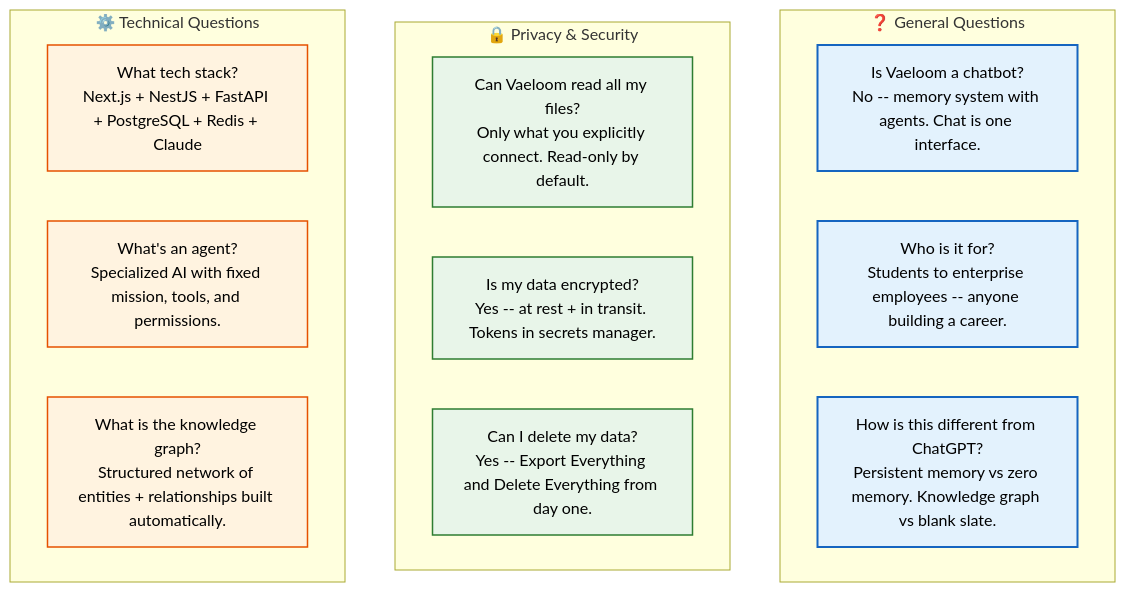
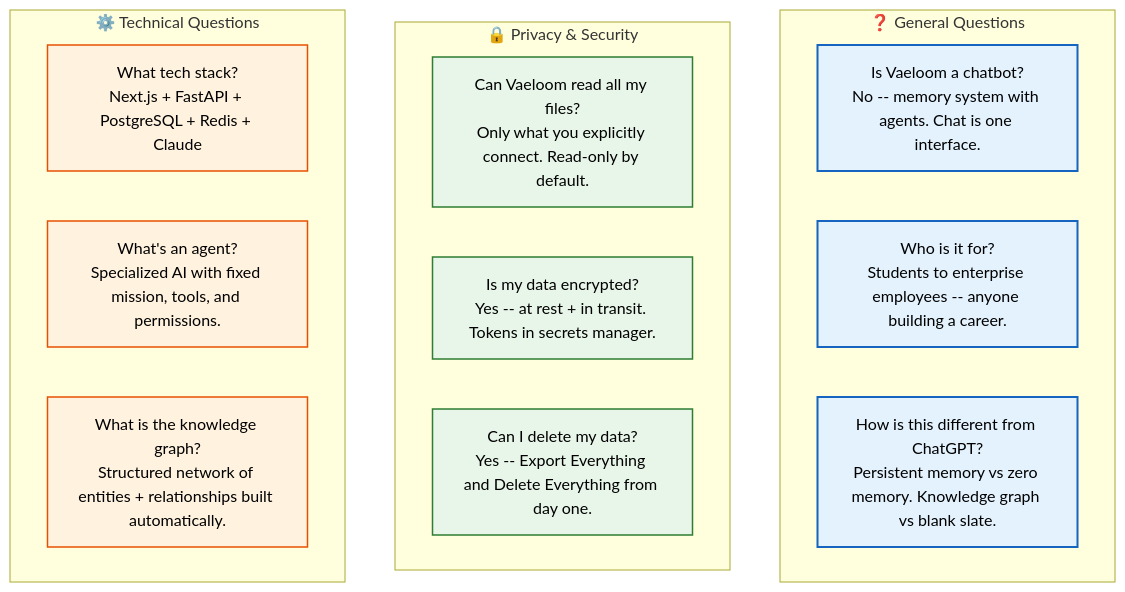
One commit to Driftloom/Vaeloom changed the diagram in docs/product/FAQ.md. Above: the diagram before and after it, drawn with Mermaid. The commit also changed other lines of this file and 159 other files, not shown here.

````diff
--- a/docs/product/FAQ.md
+++ b/docs/product/FAQ.md
@@ -8,30 +7,30 @@
 ```mermaid
 graph TD
     classDef general fill:#e3f2fd,stroke:#1565c0,color:#000,stroke-width:2px
     classDef privacy fill:#e8f5e9,stroke:#2e7d32,color:#000,stroke-width:1.5px
     classDef tech fill:#fff3e0,stroke:#e65100,color:#000,stroke-width:1.5px
 
     subgraph General["❓ General Questions"]
         G1["Is Vaeloom a chatbot?<br/>No -- memory system with agents. Chat is one interface."]
         G2["Who is it for?<br/>Students to enterprise employees -- anyone building a career."]
         G3["How is this different from ChatGPT?<br/>Persistent memory vs zero memory. Knowledge graph vs blank slate."]
     end
 
     subgraph Privacy["🔒 Privacy & Security"]
         P1["Can Vaeloom read all my files?<br/>Only what you explicitly connect. Read-only by default."]
         P2["Is my data encrypted?<br/>Yes -- at rest + in transit. Tokens in secrets manager."]
         P3["Can I delete my data?<br/>Yes -- Export Everything and Delete Everything from day one."]
     end
 
     subgraph Technical["⚙️ Technical Questions"]
-        T1["What tech stack?<br/>Next.js + NestJS + FastAPI + PostgreSQL + Redis + Claude"]
+        T1["What tech stack?<br/>Next.js + FastAPI + PostgreSQL + Redis + Claude"]
         T2["What's an agent?<br/>Specialized AI with fixed mission, tools, and permissions."]
         T3["What is the knowledge graph?<br/>Structured network of entities + relationships built automatically."]
     end
 
     General & Privacy & Technical
 
     class G1,G2,G3 general
     class P1,P2,P3 privacy
     class T1,T2,T3 tech
 ```
````
